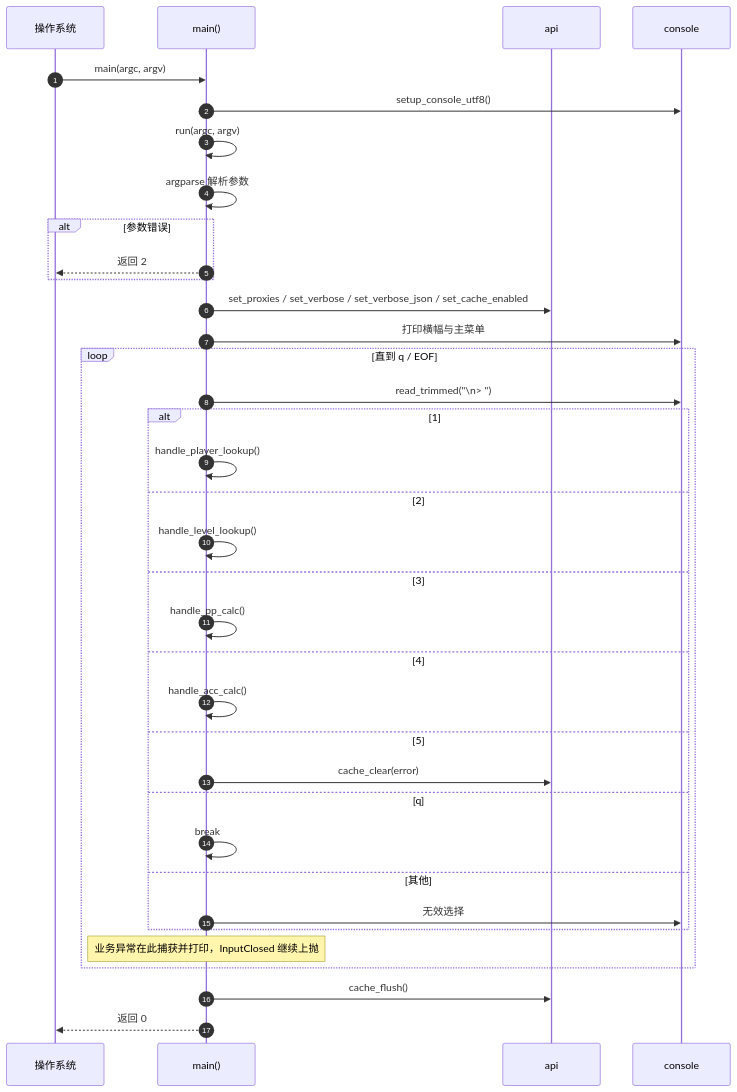
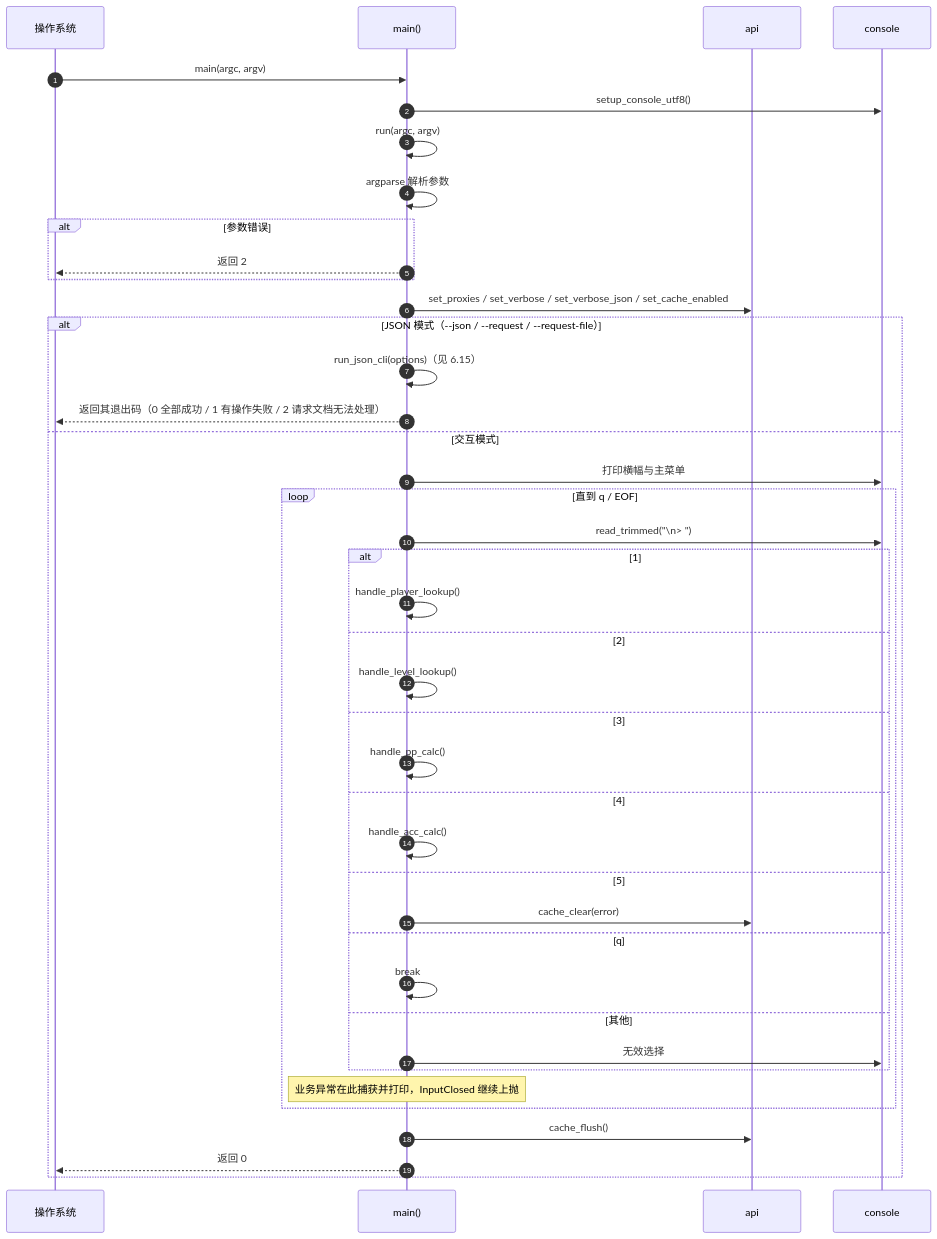
One commit to SleepingCui/tuftools changed the fourth of 20 diagrams in docs/doc.md. Above: the diagram before and after it, drawn with Mermaid. The commit also changed other lines of this file and 6 other files, not shown here.

````diff
--- a/docs/doc.md
+++ b/docs/doc.md
@@ -537,38 +576,43 @@
 ```mermaid
 sequenceDiagram
   autonumber
   participant OS as 操作系统
   participant M as main()
   participant A as api
   participant C as console
   OS->>M: main(argc, argv)
   M->>C: setup_console_utf8()
   M->>M: run(argc, argv)
   M->>M: argparse 解析参数
   alt 参数错误
     M-->>OS: 返回 2
   end
   M->>A: set_proxies / set_verbose / set_verbose_json / set_cache_enabled
-  M->>C: 打印横幅与主菜单
-  loop 直到 q / EOF
-    M->>C: read_trimmed("\n> ")
-    alt 1
-      M->>M: handle_player_lookup()
-    else 2
-      M->>M: handle_level_lookup()
-    else 3
-      M->>M: handle_pp_calc()
-    else 4
-      M->>M: handle_acc_calc()
-    else 5
-      M->>A: cache_clear(error)
-    else q
-      M->>M: break
-    else 其他
-      M->>C: 无效选择
+  alt JSON 模式（--json / --request / --request-file）
+    M->>M: run_json_cli(options)（见 6.15）
+    M-->>OS: 返回其退出码（0 全部成功 / 1 有操作失败 / 2 请求文档无法处理）
+  else 交互模式
+    M->>C: 打印横幅与主菜单
+    loop 直到 q / EOF
+      M->>C: read_trimmed("\n> ")
+      alt 1
+        M->>M: handle_player_lookup()
+      else 2
+        M->>M: handle_level_lookup()
+      else 3
+        M->>M: handle_pp_calc()
+      else 4
+        M->>M: handle_acc_calc()
+      else 5
+        M->>A: cache_clear(error)
+      else q
+        M->>M: break
+      else 其他
+        M->>C: 无效选择
+      end
+      note over M: 业务异常在此捕获并打印，InputClosed 继续上抛
     end
-    note over M: 业务异常在此捕获并打印，InputClosed 继续上抛
+    M->>A: cache_flush()
+    M-->>OS: 返回 0
   end
-  M->>A: cache_flush()
-  M-->>OS: 返回 0
 ```
````
